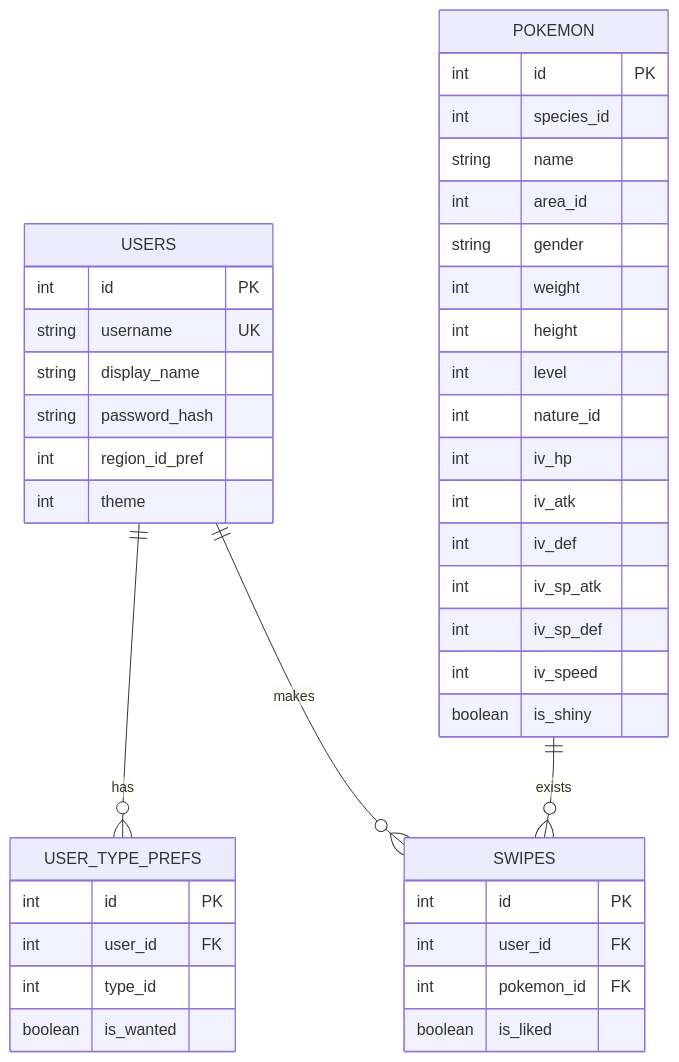
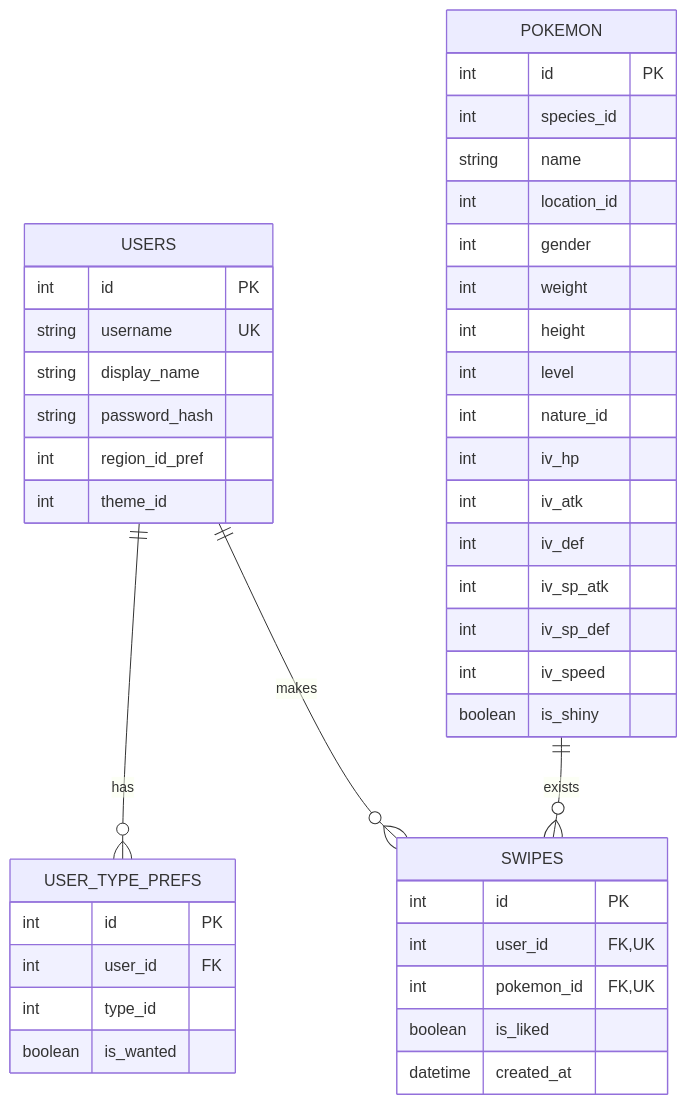
The second of 3 diagrams in README.md (hauglandvegard/DexMatch), drawn with Mermaid before and after one commit. The commit also changed 1 other file, not shown here.

Commit message:
Refactor database schema naming conventions
Renames columns and tables to use snake_case and improve clarity. Adds a
unique constraint to the SWIPES table and a default timestamp for
created_at.

````diff
--- a/README.md
+++ b/README.md
@@ -125,48 +125,49 @@
 ```mermaid
 erDiagram
     USERS {
         int id PK
         string username UK
         string display_name
         string password_hash
         int region_id_pref
-        int theme
+        int theme_id
     }
     
     USER_TYPE_PREFS {
         int id PK
         int user_id FK
         int type_id
         boolean is_wanted
     }
     
     POKEMON {
         int id PK          
         int species_id
         string name
-        int area_id
-        string gender
+        int location_id
+        int gender
         int weight
         int height
         int level
         int nature_id
         int iv_hp
         int iv_atk
         int iv_def
         int iv_sp_atk
         int iv_sp_def
         int iv_speed
         boolean is_shiny
     }
     
     SWIPES {
         int id PK
-        int user_id FK
-        int pokemon_id FK
+        int user_id FK, UK
+        int pokemon_id FK, UK
         boolean is_liked
+        datetime created_at
     }
     
     USERS ||--o{ USER_TYPE_PREFS: has
     USERS ||--o{ SWIPES: makes
     POKEMON ||--o{ SWIPES: exists
 ```
````
